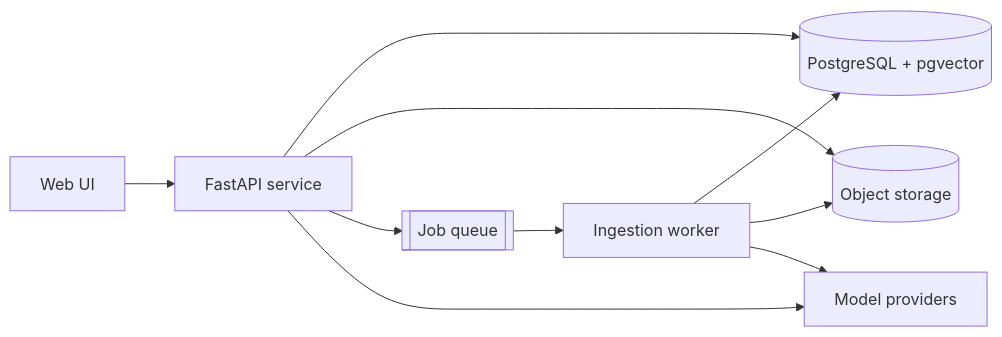
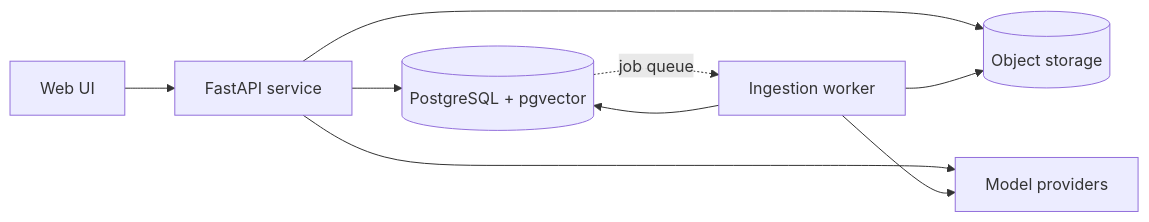
The first of 3 diagrams in docs/architecture.md (AphroDatalyst/IntelliQuery), drawn with Mermaid before and after one commit. The commit also changed other lines of this file and 31 other files, not shown here.

````diff
--- a/docs/architecture.md
+++ b/docs/architecture.md
@@ -5,12 +5,11 @@
 ```mermaid
 flowchart LR
     UI[Web UI] --> API[FastAPI service]
     API --> PG[(PostgreSQL + pgvector)]
     API --> OBJ[(Object storage)]
-    API --> Q[[Job queue]]
-    Q --> W[Ingestion worker]
+    PG -. job queue .-> W[Ingestion worker]
     W --> PG
     W --> OBJ
     API --> M[Model providers]
     W --> M
 ```
````
